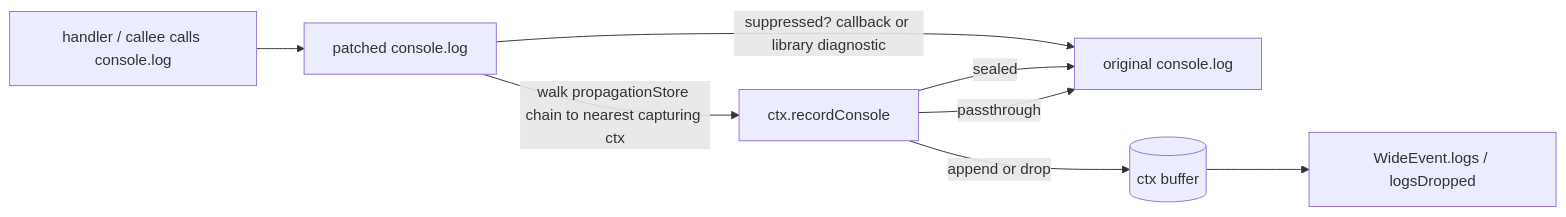
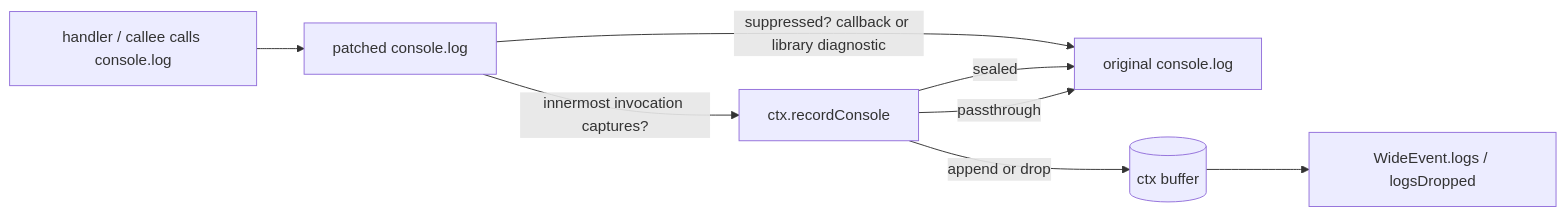
The diagram in docs/plans/20261121-9-console-capture.md (AlexMason/observed-js), drawn with Mermaid before and after one commit. The commit also changed other lines of this file, not shown here.

Commit message:
docs: revise plan for #9 — innermost attribution, inherited enablement

````diff
--- a/docs/plans/20261121-9-console-capture.md
+++ b/docs/plans/20261121-9-console-capture.md
@@ -187,10 +181,10 @@
 ```mermaid
 flowchart LR
   H[handler / callee calls console.log] --> W[patched console.log]
   W -->|suppressed? callback or library diagnostic| O[original console.log]
-  W -->|walk propagationStore chain to nearest capturing ctx| R[ctx.recordConsole]
+  W -->|innermost invocation captures?| R[ctx.recordConsole]
   R -->|sealed| O
   R -->|append or drop| B[(ctx buffer)]
   R -->|passthrough| O
   B --> E[WideEvent.logs / logsDropped]
 ```
````
